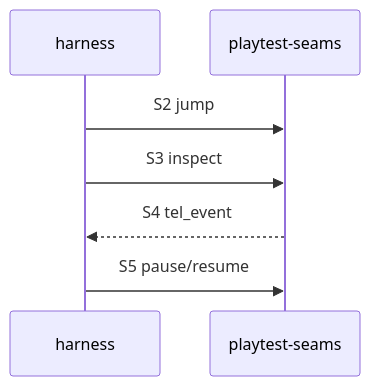
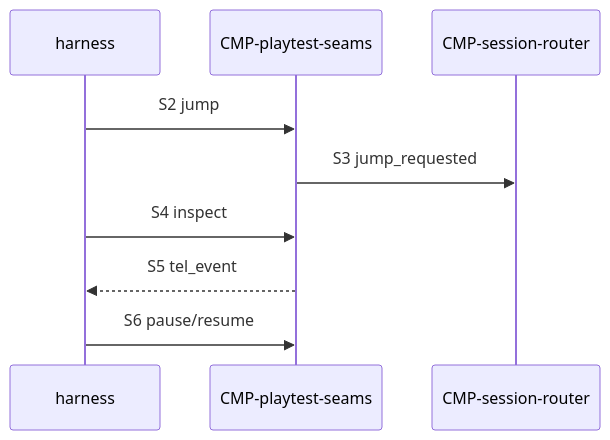
The diagram in specs/technical/sequences/playtest-headless-smoke.md (waigore/simplechessv2), drawn with Mermaid before and after one commit. The commit also changed other lines of this file and 120 other files, not shown here.

````diff
--- a/specs/technical/sequences/playtest-headless-smoke.md
+++ b/specs/technical/sequences/playtest-headless-smoke.md
@@ -37,9 +38,11 @@
 ```mermaid
 sequenceDiagram
   participant H as harness
-  participant P as playtest-seams
+  participant P as CMP-playtest-seams
+  participant R as CMP-session-router
   H->>P: S2 jump
-  H->>P: S3 inspect
-  P-->>H: S4 tel_event
-  H->>P: S5 pause/resume
+  P->>R: S3 jump_requested
+  H->>P: S4 inspect
+  P-->>H: S5 tel_event
+  H->>P: S6 pause/resume
 ```
````
